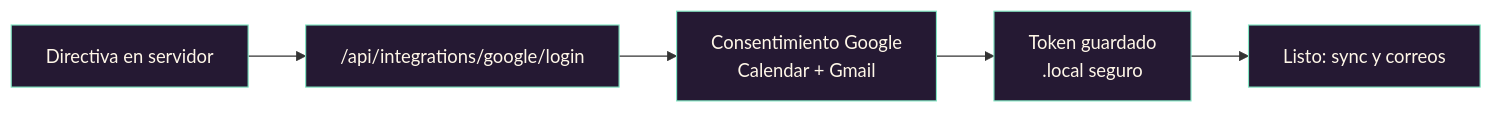
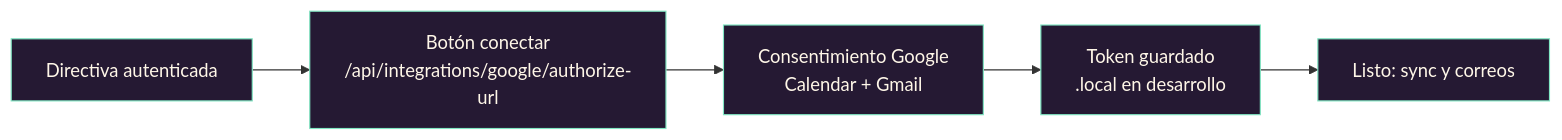
Diagram 11 of 16 in README.md (JackStar6677-1/CCAACalendar), drawn with Mermaid before and after one commit. The commit also changed other lines of this file and 16 other files, not shown here.

````diff
--- a/README.md
+++ b/README.md
@@ -248,10 +251,10 @@
 ```mermaid
 flowchart LR
-    S[Directiva en servidor] --> L["/api/integrations/google/login"]
+    S[Directiva autenticada] --> L["Botón conectar\n/api/integrations/google/authorize-url"]
     L --> O[Consentimiento Google\nCalendar + Gmail]
-    O --> T[Token guardado\n.local seguro]
+    O --> T[Token guardado\n.local en desarrollo]
     T --> U[Listo: sync y correos]
 
     classDef step fill:#251933,stroke:#81e6c3,color:#fff7e8
     class S,L,O,T,U step
 ```
````
